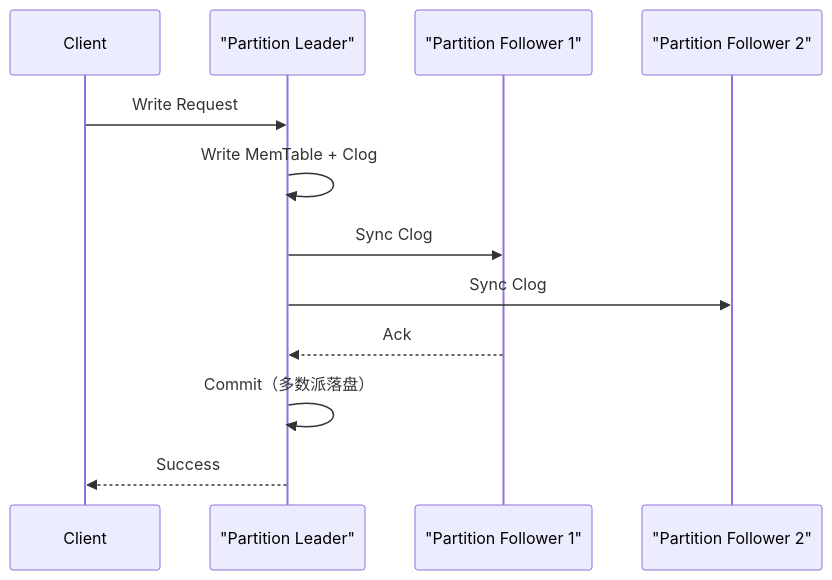
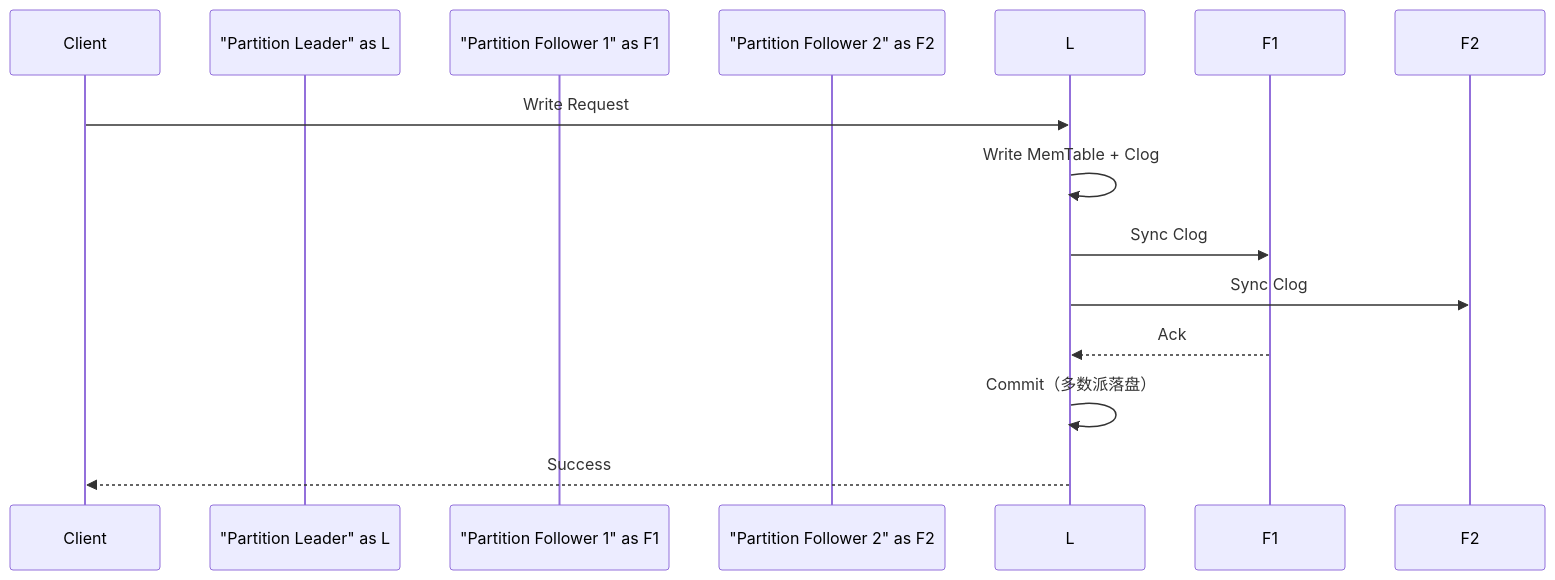
One commit to kane201x/javadoc changed diagram 15 of 20 in 08-mysql/README.md. Above: the diagram before and after it, drawn with Mermaid. The commit also changed other lines of this file, not shown here.

Commit message:
优化mermaid格式

````diff
--- a/08-mysql/README.md
+++ b/08-mysql/README.md
@@ -1326,15 +1327,15 @@
 ```mermaid
 sequenceDiagram
     participant C as Client
-    participant L as "Partition Leader"
-    participant F1 as "Partition Follower 1"
-    participant F2 as "Partition Follower 2"
+    participant "Partition Leader" as L
+    participant "Partition Follower 1" as F1
+    participant "Partition Follower 2" as F2
     
     C->>L: Write Request
     L->>L: Write MemTable + Clog
     L->>F1: Sync Clog
     L->>F2: Sync Clog
     F1-->>L: Ack
     L->>L: Commit（多数派落盘）
     L-->>C: Success
 ```
````
